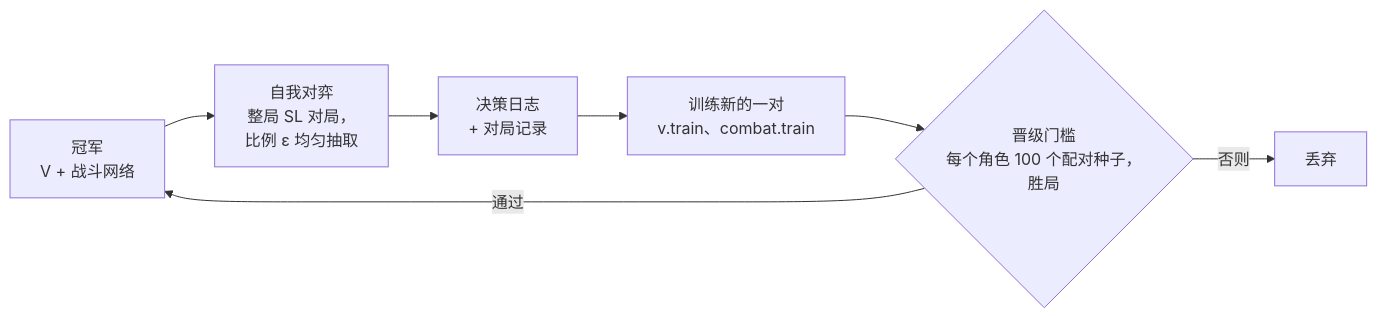
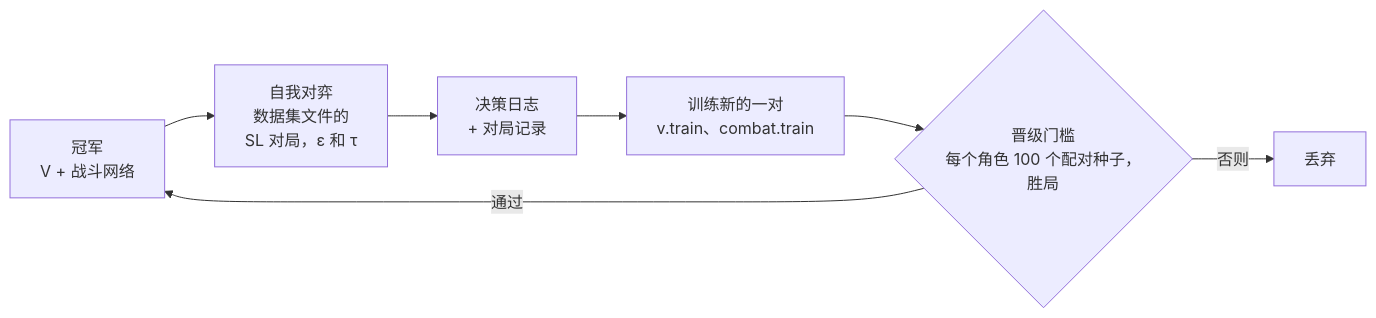
One commit to shinnku-nikaidou/spire-zero changed the diagram in docs/src/content/docs/arch/macro-brain/selfplay.mdx. Above: the diagram before and after it, drawn with Mermaid. The commit also changed other lines of this file and 92 other files, not shown here.

````diff
--- a/docs/src/content/docs/arch/macro-brain/selfplay.mdx
+++ b/docs/src/content/docs/arch/macro-brain/selfplay.mdx
@@ -13,9 +13,9 @@
 ```mermaid
 flowchart LR
-  C["冠军<br/>V + 战斗网络"] --> P["自我对弈<br/>整局 SL 对局，<br/>比例 ε 均匀抽取"]
+  C["冠军<br/>V + 战斗网络"] --> P["自我对弈<br/>数据集文件的<br/>SL 对局，ε 和 τ"]
   P --> D["决策日志<br/>+ 对局记录"]
   D --> T["训练新的一对<br/>v.train、combat.train"]
   T --> G{"晋级门槛<br/>每个角色 100 个配对种子，<br/>胜局"}
   G -->|"通过"| C
   G -->|"否则"| X["丢弃"]
 ```
````
